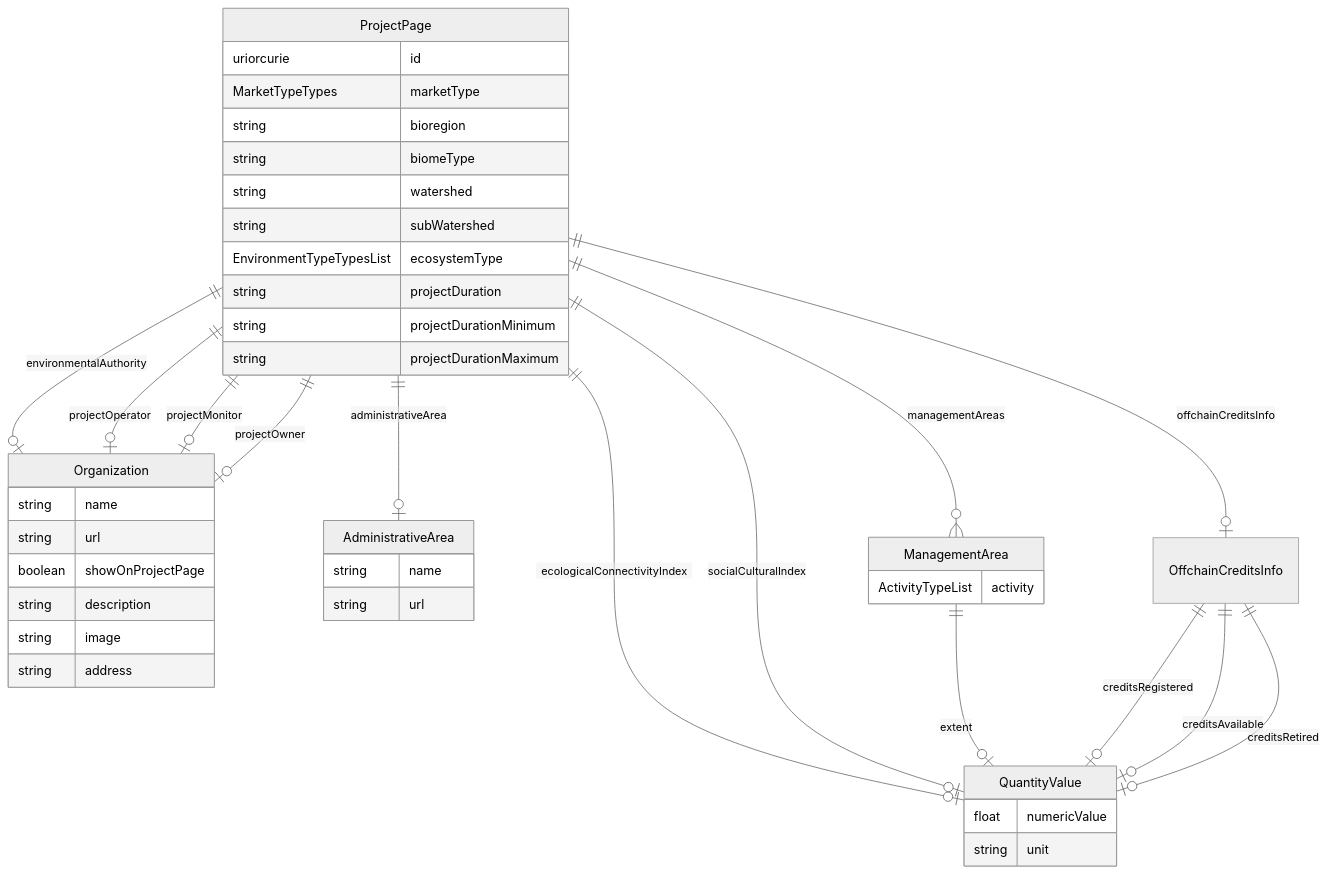
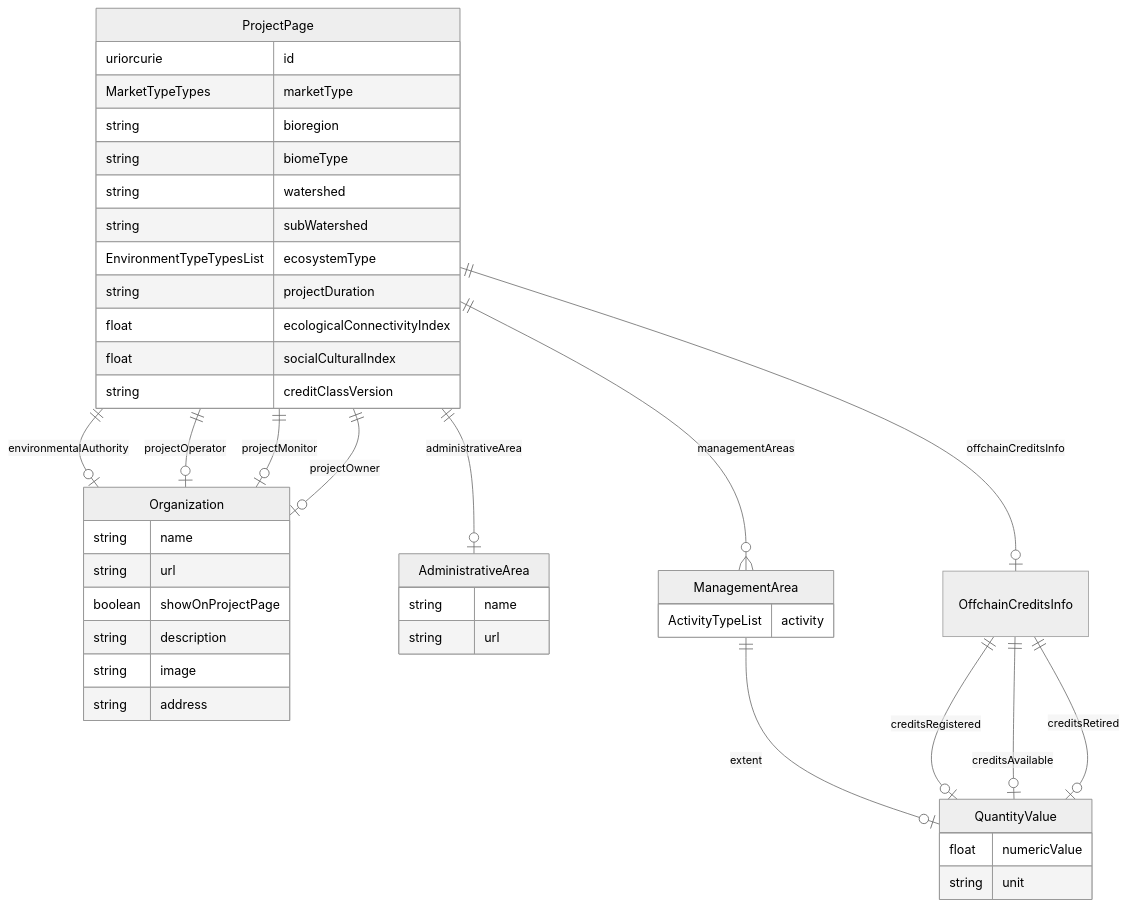
The diagram in schema/generated/ProjectPage.md (regen-network/regen-data-standards), drawn with Mermaid (neutral theme) before and after one commit. The commit also changed other lines of this file and 13 other files, not shown here.

Commit message:
remove project duration min/max, add credit class version, convert ecological connectivity index and social cultural index to floats

````diff
--- a/schema/generated/ProjectPage.md
+++ b/schema/generated/ProjectPage.md
@@ -11,52 +11,51 @@
 ```mermaid
 erDiagram
 ProjectPage {
     uriorcurie id  
     MarketTypeTypes marketType  
     string bioregion  
     string biomeType  
     string watershed  
     string subWatershed  
     EnvironmentTypeTypesList ecosystemType  
     string projectDuration  
-    string projectDurationMinimum  
-    string projectDurationMaximum  
+    float ecologicalConnectivityIndex  
+    float socialCulturalIndex  
+    string creditClassVersion  
 }
 Organization {
     string name  
     string url  
     boolean showOnProjectPage  
     string description  
     string image  
     string address  
 }
 AdministrativeArea {
     string name  
     string url  
 }
+ManagementArea {
+    ActivityTypeList activity  
+}
 QuantityValue {
     float numericValue  
     string unit  
-}
-ManagementArea {
-    ActivityTypeList activity  
 }
 OffchainCreditsInfo {
 
 }
 
 ProjectPage ||--|o Organization : "environmentalAuthority"
 ProjectPage ||--|o OffchainCreditsInfo : "offchainCreditsInfo"
 ProjectPage ||--}o ManagementArea : "managementAreas"
-ProjectPage ||--|o QuantityValue : "ecologicalConnectivityIndex"
-ProjectPage ||--|o QuantityValue : "socialCulturalIndex"
 ProjectPage ||--|o AdministrativeArea : "administrativeArea"
 ProjectPage ||--|o Organization : "projectOperator"
 ProjectPage ||--|o Organization : "projectMonitor"
 ProjectPage ||--|o Organization : "projectOwner"
 ManagementArea ||--|o QuantityValue : "extent"
 OffchainCreditsInfo ||--|o QuantityValue : "creditsRegistered"
 OffchainCreditsInfo ||--|o QuantityValue : "creditsAvailable"
 OffchainCreditsInfo ||--|o QuantityValue : "creditsRetired"
 
 ```
````
